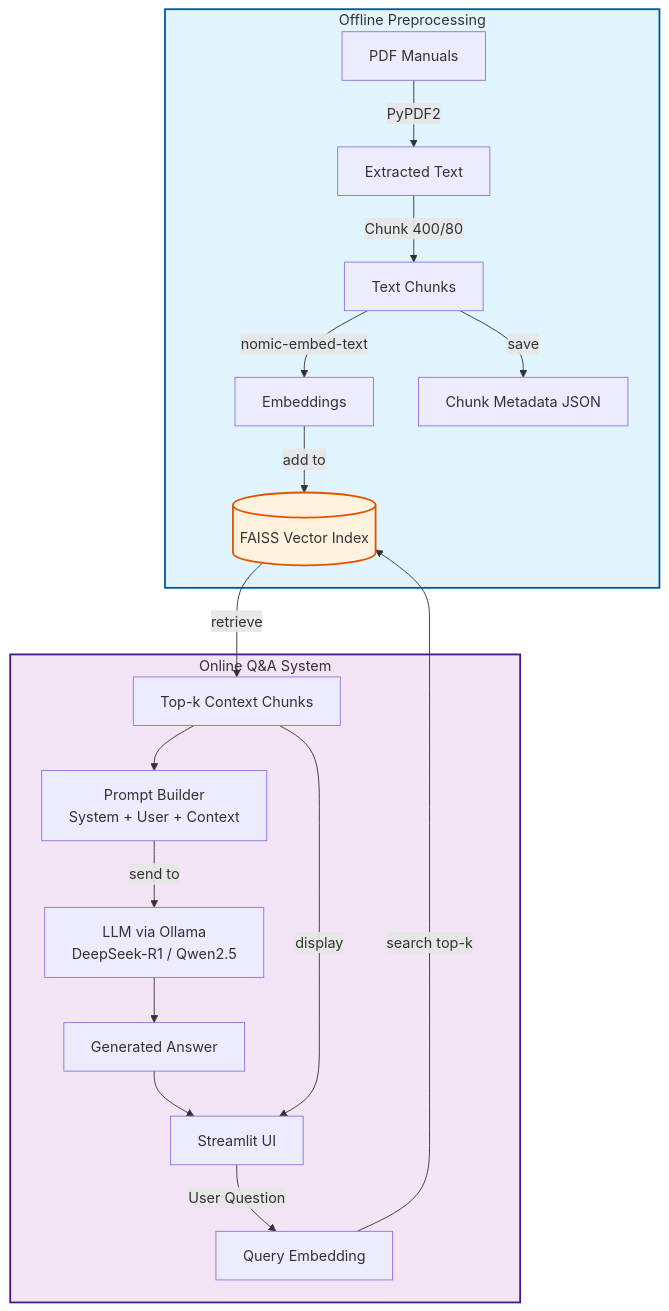
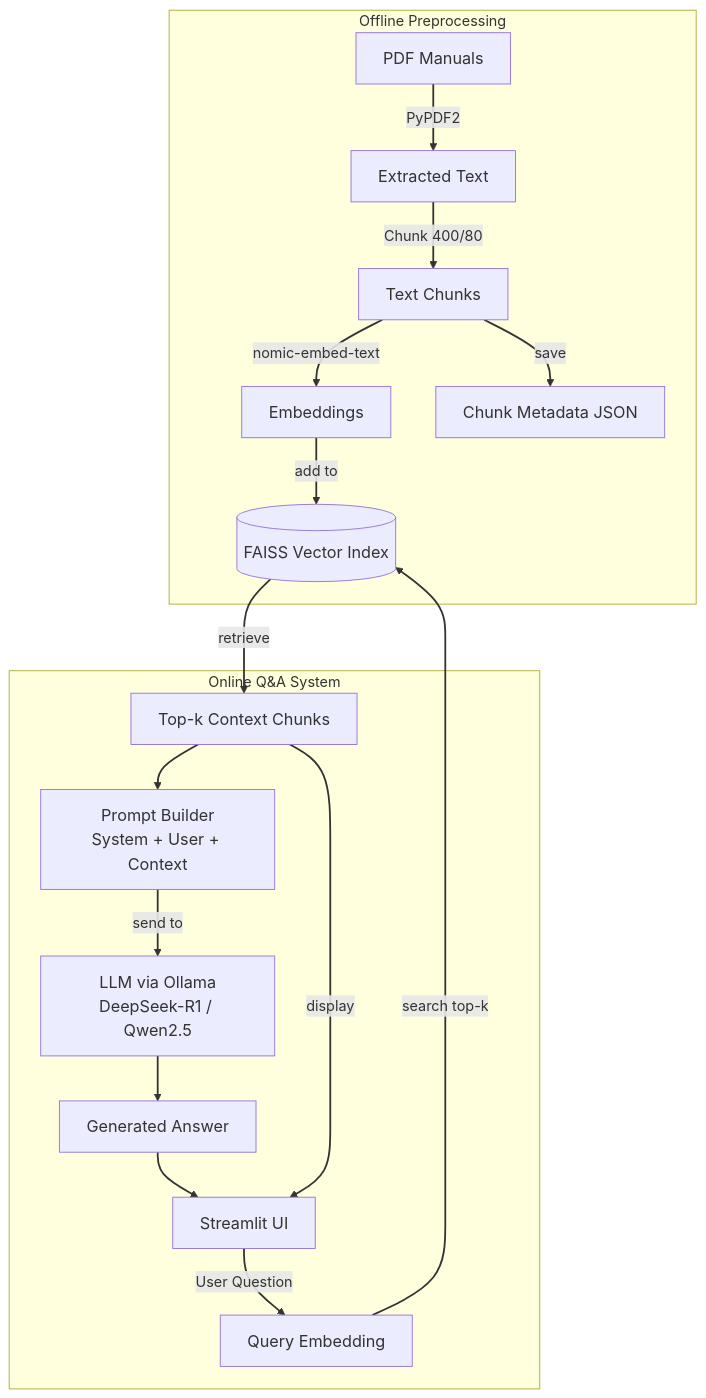
The diagram in Dataflow.md (WebShell-Hello/RAG-Qwen-Ollama), drawn with Mermaid before and after one commit.

````diff
--- a/Dataflow.md
+++ b/Dataflow.md
@@ -1,32 +1,42 @@
 ```mermaid
 flowchart TB
     %% Offline Preprocessing (Left Side)
     subgraph Offline[Offline Preprocessing]
         A[PDF Manuals] -->|PyPDF2| B[Extracted Text]
         B -->|Chunk 400/80| C[Text Chunks]
         C -->|nomic-embed-text| D[Embeddings]
         D -->|add to| E[(FAISS Vector Index)]
         C -->|save| F[Chunk Metadata JSON]
     end
 
     %% Online Q&A (Right Side)  
     subgraph Online[Online Q&A System]
         G[Streamlit UI] -->|User Question| H[Query Embedding]
         H -->|search top-k| E
         E -->|retrieve| I[Top-k Context Chunks]
         I --> J[Prompt Builder<br/>System + User + Context]
         J -->|send to| K[LLM via Ollama<br/>DeepSeek-R1 / Qwen2.5]
         K --> L[Generated Answer]
         L --> G
         I -->|display| G
     end
 
-    %% Styling for better visual separation
+    %% Styling with larger fonts
     classDef offlineStyle fill:#e1f5fe,stroke:#01579b,stroke-width:2px
     classDef onlineStyle fill:#f3e5f5,stroke:#4a148c,stroke-width:2px
     classDef storageStyle fill:#fff3e0,stroke:#e65100,stroke-width:2px
     
-    class Offline offlineStyle
-    class Online onlineStyle
-    class E storageStyle
+    %% Font size styles
+    classDef largeFont font-size:18px
+    classDef mediumFont font-size:16px
+    classDef edgeFont font-size:14px
+    
+    class Offline offlineStyle,largeFont
+    class Online onlineStyle,largeFont
+    class E storageStyle,largeFont
+    
+    %% Apply font sizes to all nodes and edges
+    class A,B,C,D,F,G,H,I,J,K,L largeFont
+    class E largeFont
+    linkStyle default stroke-width:2px
 ```
````
